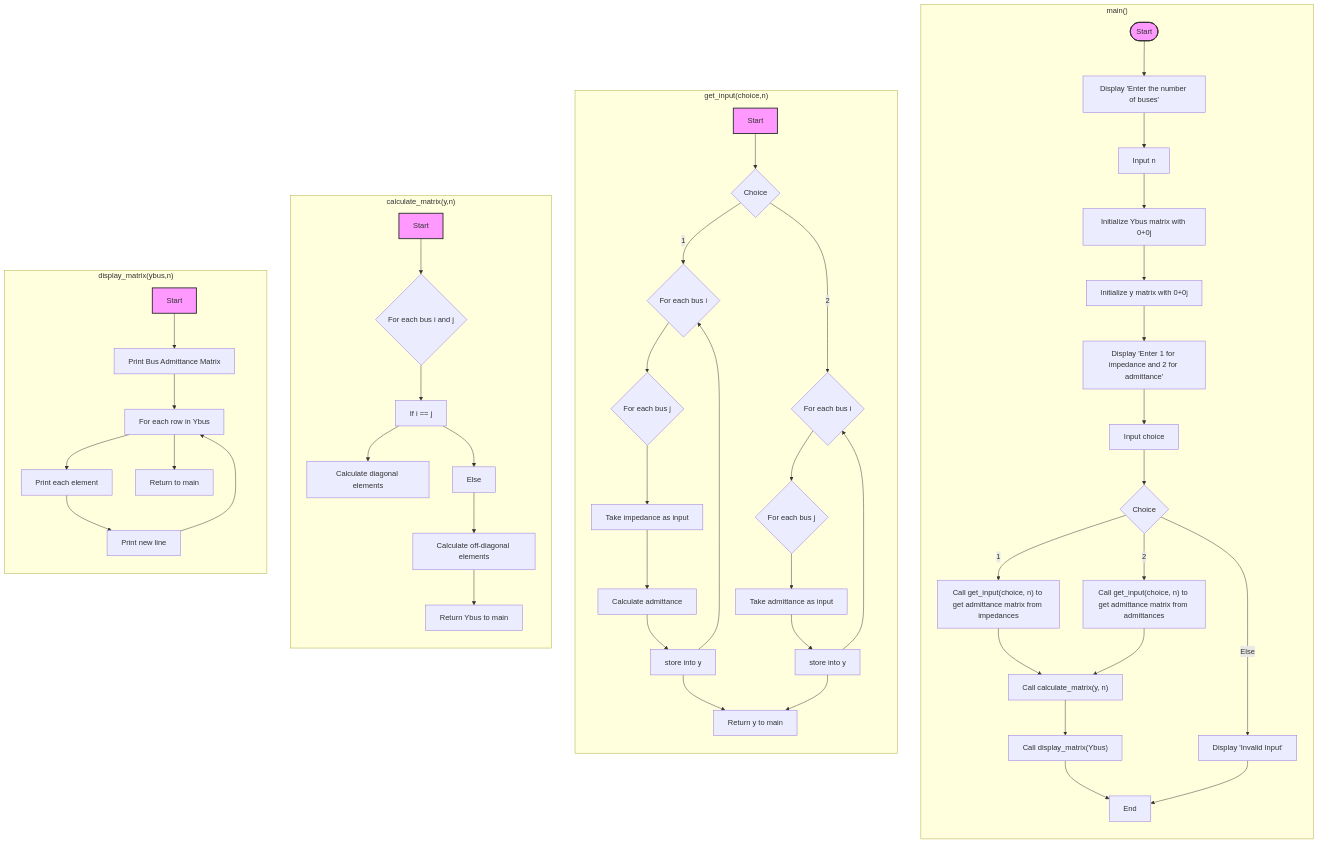
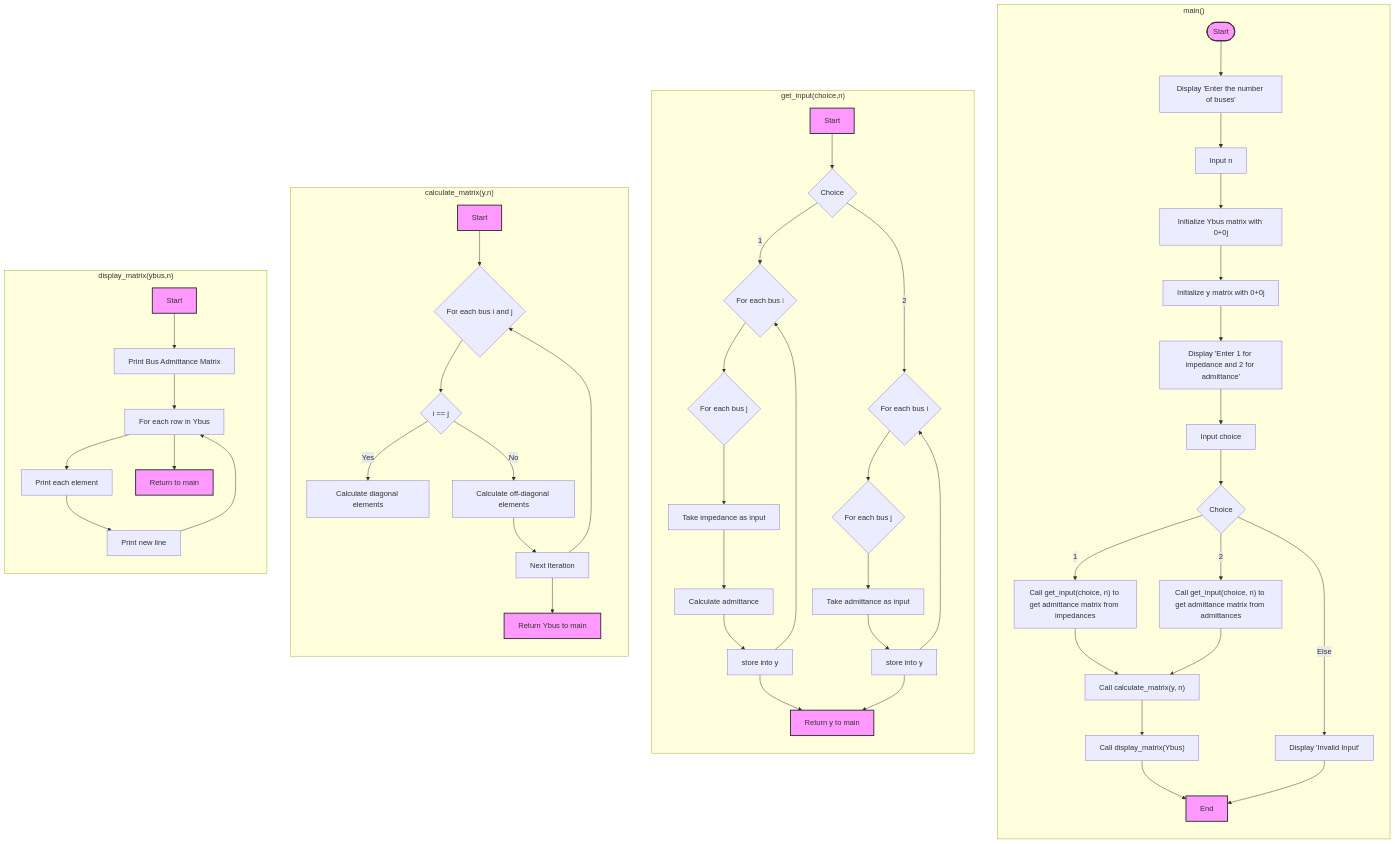
One commit to Sree2011/codes-loadflow-analysis changed the second of 2 diagrams in README.md. Above: the diagram before and after it, drawn with Mermaid.

````diff
--- a/README.md
+++ b/README.md
@@ -141,70 +141,71 @@
 ```mermaid
 graph TD
    subgraph main["main()"]
    direction TB
       A([Start])@{shape:stadium} --> B[Display 'Enter the number of buses']
       B --> B1[Input n]
       B1 --> C[Initialize Ybus matrix with 0+0j]
       C --> D[Initialize y matrix with 0+0j]
       D --> E[Display 'Enter 1 for impedance and 2 for admittance']
       E --> E1[Input choice]
       E1 --> F{Choice}
       F -->|1| G["Call get_input(choice, n) to get admittance matrix from impedances"]
       F -->|2| H["Call get_input(choice, n) to get admittance matrix from admittances"]
       F --> |Else| AB[Display 'Invalid Input']
       G --> I["Call calculate_matrix(y, n)"]
       H --> I
       I --> J["Call display_matrix(Ybus)"]
       J --> K[End]@{shape:stadium}
       AB --> K
    end
    subgraph "get_input(choice,n)"
    direction TB
       V[Start]@{shape:stadium} --> K2{Choice}
       K2 --> |1| L1{For each bus i}
       L1 --> L2{For each bus j}
       L2 --> M1[Take impedance as input]
       M1 --> M2[Calculate admittance]
       M2 --> M3[store into y]
       M3 --> L1
       M3 --> Q1
       
       K2 --> |2| O1{For each bus i}
       O1 --> O2{For each bus j}
       O2 --> P1[Take admittance as input]
       P1 --> P2[store into y]
       P2 --> O1
       P2 --> Q1[Return y to main]@{shape:stadium}
    
      
    end
 
    subgraph "calculate_matrix(y,n)"
    direction TB
       R[Start]@{shape:stadium} --> R1{For each bus i and j}
-      R1 --> S1[If i == j]
-      S1 --> T1[Calculate diagonal elements]
-      S1 --> U1[Else]
-      U1 --> V1[Calculate off-diagonal elements]
-      V1 --> W1[Return Ybus to main]@{shape:stadium}
+      R1 --> S1[i == j]@{shape: diam}
+      S1 --> |Yes| T1[Calculate diagonal elements]
+      S1 --> |No|V1[Calculate off-diagonal elements]
+      V1 --> U1[Next Iteration]
+      U1 --> R1
+      U1 --> W1[Return Ybus to main]@{shape:stadium}
    end
 
    subgraph "display_matrix(ybus,n)"
    direction TB
       X[Start]@{shape:stadium} --> X1[Print Bus Admittance Matrix]
       X1 --> Y1[For each row in Ybus]
       Y1 --> Z1[Print each element]
       Z1 --> AA1[Print new line]
       AA1 --> Y1
-      Y1 --> Z3[Return to main]
+      Y1 --> Z3[Return to main]@{shape:stadium}
    end
 
    %% Define custom styles for different shapes 
    classDef startEnd fill:#f9f,stroke:#333,stroke-width:2px; 
    classDef decision fill:#bbf,stroke:#333,stroke-width:2px; 
    classDef process1 fill:#b2f7ef,stroke:#333,stroke-width:2px; 
    classDef process2 fill:#ffb7c5,stroke:#333,stroke-width:2px;
 
-   class A,V,R,X startEnd
+   class A,V,R,X,Z3,W1,Q1,K startEnd
 
 ```
````
